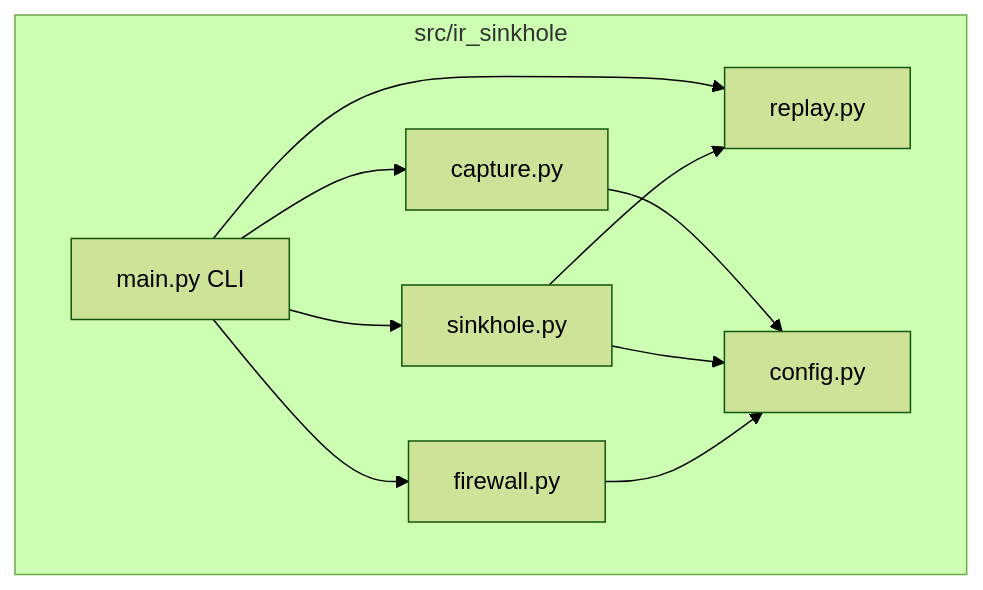
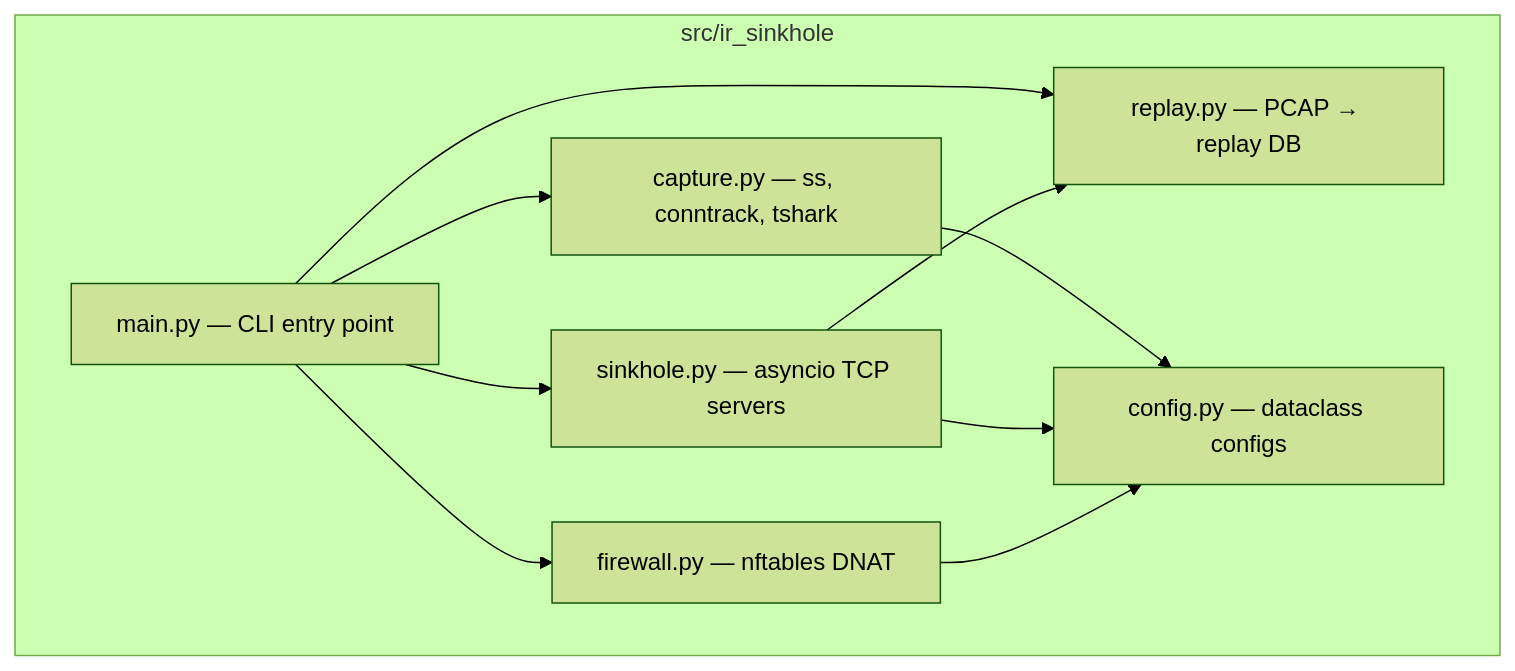
Before and after one commit to Leviticus-Triage/ir-sinkhole: the fourth of 4 diagrams in README.md, drawn with Mermaid (forest theme). The commit also changed other lines of this file, not shown here.

````diff
--- a/README.md
+++ b/README.md
@@ -107,19 +199,19 @@
 ```mermaid
 graph TB
     subgraph src["src/ir_sinkhole"]
-        main[main.py CLI]
-        capture[capture.py]
-        replay[replay.py]
-        sinkhole[sinkhole.py]
-        firewall[firewall.py]
-        config[config.py]
+        main["main.py — CLI entry point"]
+        capture["capture.py — ss, conntrack, tshark"]
+        replay["replay.py — PCAP → replay DB"]
+        sinkhole["sinkhole.py — asyncio TCP servers"]
+        firewall["firewall.py — nftables DNAT"]
+        config["config.py — dataclass configs"]
     end
     main --> capture
     main --> replay
     main --> sinkhole
     main --> firewall
     capture --> config
     sinkhole --> replay
     sinkhole --> config
     firewall --> config
 ```
````
